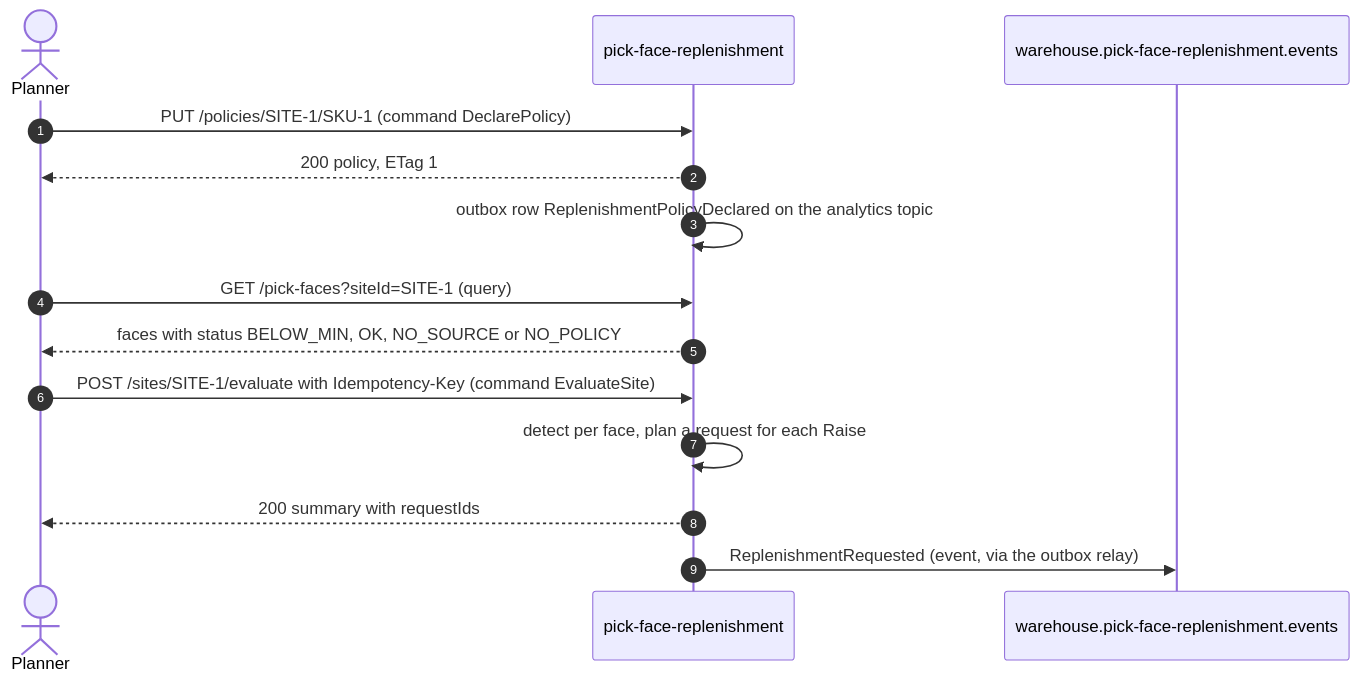
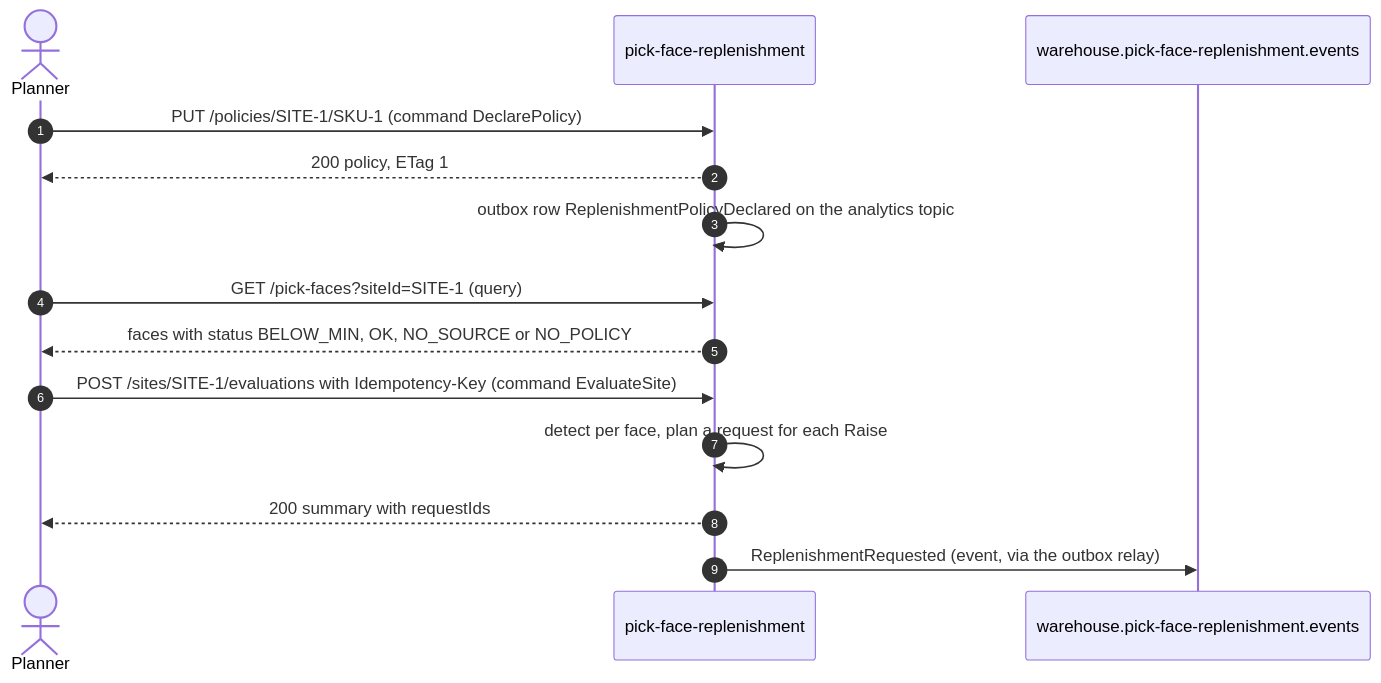
Before and after one commit to IQVO/warehouse-docs: the second of 5 diagrams in docs/contexts/pick-face-replenishment/domain-message-flow.md, drawn with Mermaid. The commit also changed other lines of this file and 272 other files, not shown here.

````diff
--- a/docs/contexts/pick-face-replenishment/domain-message-flow.md
+++ b/docs/contexts/pick-face-replenishment/domain-message-flow.md
@@ -43,16 +43,16 @@
 ```mermaid
 sequenceDiagram
     autonumber
     actor P as Planner
     participant PFR as pick-face-replenishment
     participant K as warehouse.pick-face-replenishment.events
     P->>PFR: PUT /policies/SITE-1/SKU-1 (command DeclarePolicy)
     PFR-->>P: 200 policy, ETag 1
     PFR->>PFR: outbox row ReplenishmentPolicyDeclared on the analytics topic
     P->>PFR: GET /pick-faces?siteId=SITE-1 (query)
     PFR-->>P: faces with status BELOW_MIN, OK, NO_SOURCE or NO_POLICY
-    P->>PFR: POST /sites/SITE-1/evaluate with Idempotency-Key (command EvaluateSite)
+    P->>PFR: POST /sites/SITE-1/evaluations with Idempotency-Key (command EvaluateSite)
     PFR->>PFR: detect per face, plan a request for each Raise
     PFR-->>P: 200 summary with requestIds
     PFR->>K: ReplenishmentRequested (event, via the outbox relay)
 ```
````
